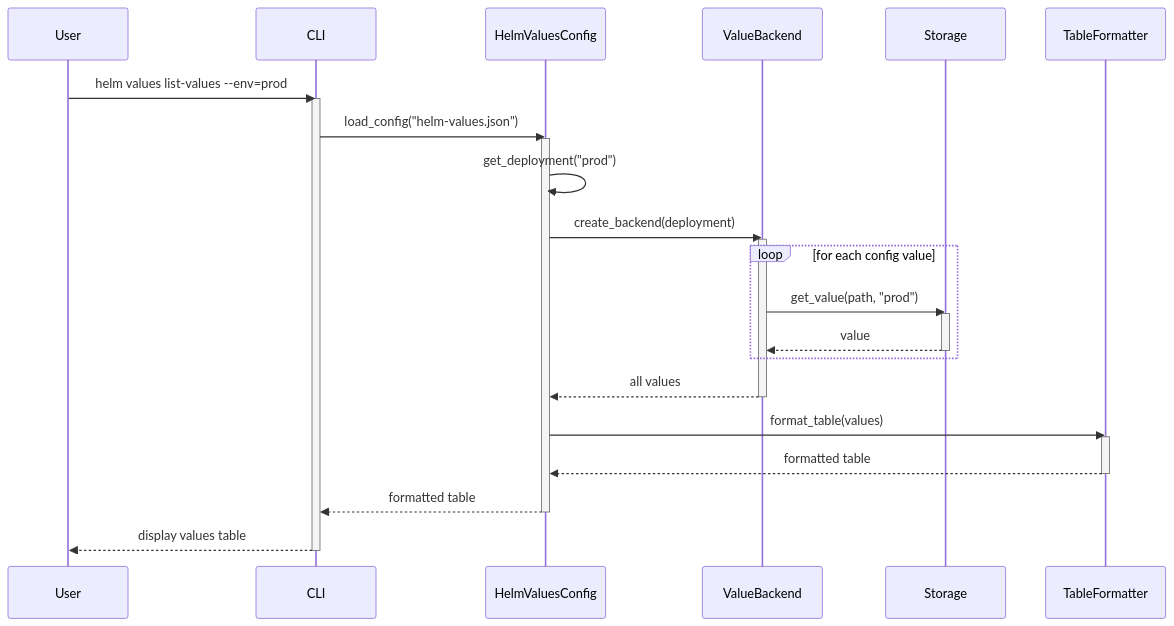
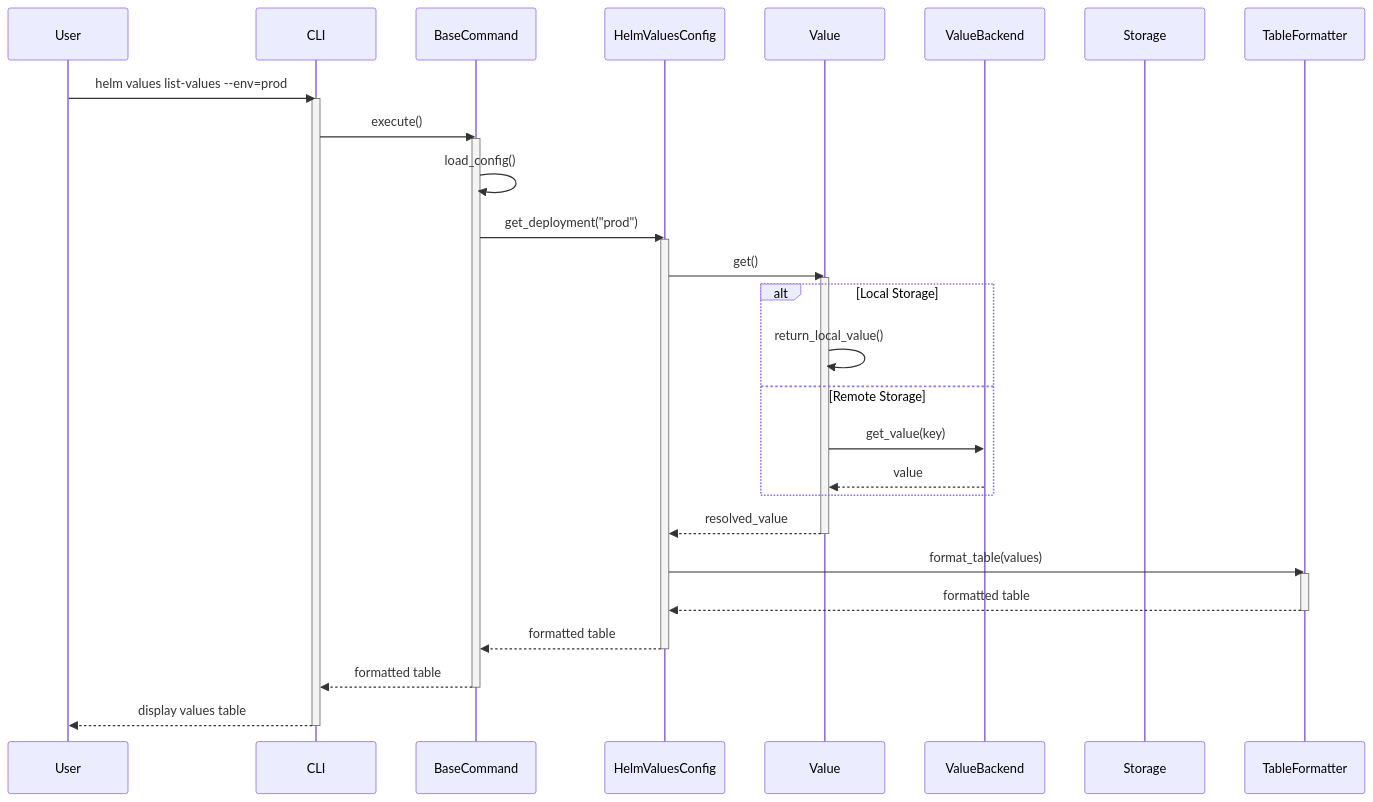
One commit to Zipstack/helm-values-manager changed the eighth of 12 diagrams in docs/Design/sequence-diagrams.md. Above: the diagram before and after it, drawn with Mermaid. The commit also changed other lines of this file and 16 other files, not shown here.

````diff
--- a/docs/Design/sequence-diagrams.md
+++ b/docs/Design/sequence-diagrams.md
@@ -243,40 +337,48 @@
 ```mermaid
 sequenceDiagram
     participant User
     participant CLI
+    participant BaseCommand
     participant HelmValuesConfig
+    participant Value
     participant ValueBackend
     participant Storage
     participant TableFormatter
 
     User->>CLI: helm values list-values --env=prod
     activate CLI
 
-    CLI->>HelmValuesConfig: load_config("helm-values.json")
+    CLI->>BaseCommand: execute()
+    activate BaseCommand
+
+    BaseCommand->>BaseCommand: load_config()
+    BaseCommand->>HelmValuesConfig: get_deployment("prod")
     activate HelmValuesConfig
 
-    HelmValuesConfig->>HelmValuesConfig: get_deployment("prod")
-    HelmValuesConfig->>ValueBackend: create_backend(deployment)
-    activate ValueBackend
+    HelmValuesConfig->>Value: get()
+    activate Value
 
-    loop for each config value
-        ValueBackend->>Storage: get_value(path, "prod")
-        activate Storage
-        Storage-->>ValueBackend: value
-        deactivate Storage
+    alt Local Storage
+        Value->>Value: return_local_value()
+    else Remote Storage
+        Value->>ValueBackend: get_value(key)
+        ValueBackend-->>Value: value
     end
 
-    ValueBackend-->>HelmValuesConfig: all values
-    deactivate ValueBackend
+    Value-->>HelmValuesConfig: resolved_value
+    deactivate Value
 
     HelmValuesConfig->>TableFormatter: format_table(values)
     activate TableFormatter
     TableFormatter-->>HelmValuesConfig: formatted table
     deactivate TableFormatter
 
-    HelmValuesConfig-->>CLI: formatted table
+    HelmValuesConfig-->>BaseCommand: formatted table
     deactivate HelmValuesConfig
+
+    BaseCommand-->>CLI: formatted table
+    deactivate BaseCommand
 
     CLI-->>User: display values table
     deactivate CLI
 ```
````
